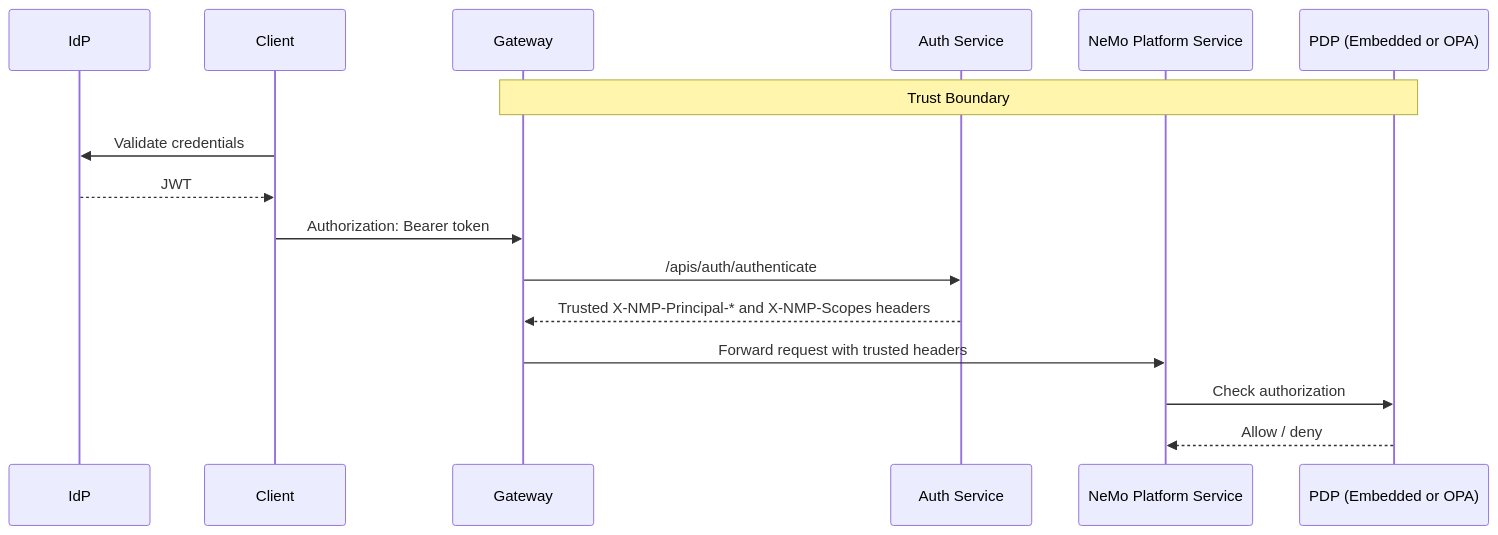
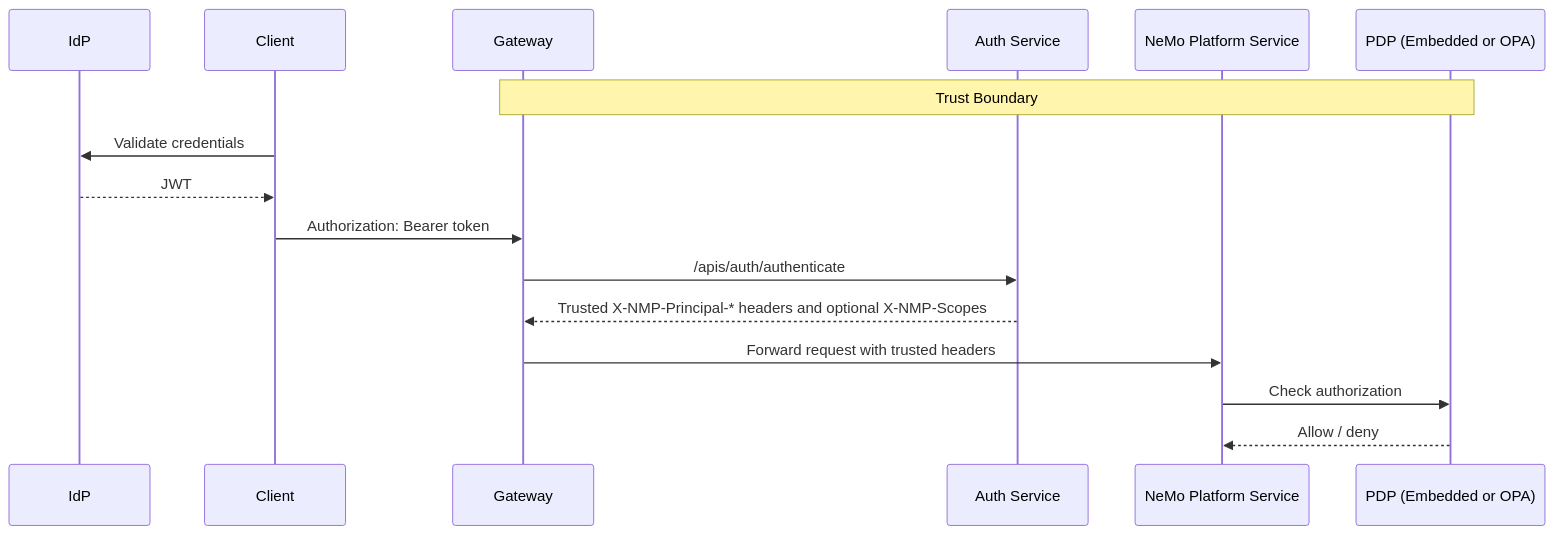
The diagram in docs/auth/security-model.mdx (NVIDIA-NeMo/nemo-platform), drawn with Mermaid before and after one commit. The commit also changed other lines of this file and 13 other files, not shown here.

````diff
--- a/docs/auth/security-model.mdx
+++ b/docs/auth/security-model.mdx
@@ -14,20 +14,20 @@
 ```mermaid
 sequenceDiagram
     participant IdP
     participant Client
     participant Gateway
     participant Auth as Auth Service
     participant Service as NeMo Platform Service
     participant PDP as PDP (Embedded or OPA)
 
     Note over Gateway,PDP: Trust Boundary
 
     Client->>IdP: Validate credentials
     IdP-->>Client: JWT
     Client->>Gateway: Authorization: Bearer token
     Gateway->>Auth: /apis/auth/authenticate
-    Auth-->>Gateway: Trusted X-NMP-Principal-* and X-NMP-Scopes headers
+    Auth-->>Gateway: Trusted X-NMP-Principal-* headers and optional X-NMP-Scopes
     Gateway->>Service: Forward request with trusted headers
     Service->>PDP: Check authorization
     PDP-->>Service: Allow / deny
 ```
````
